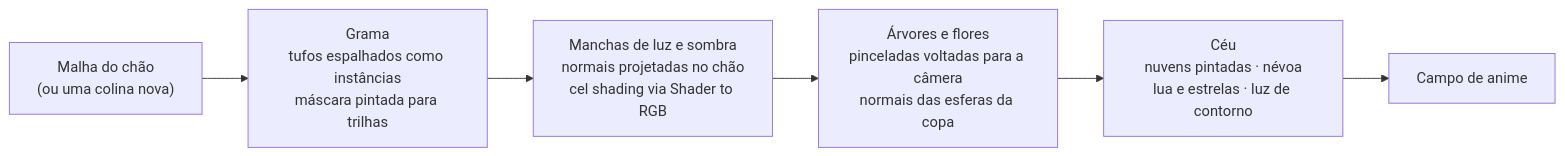
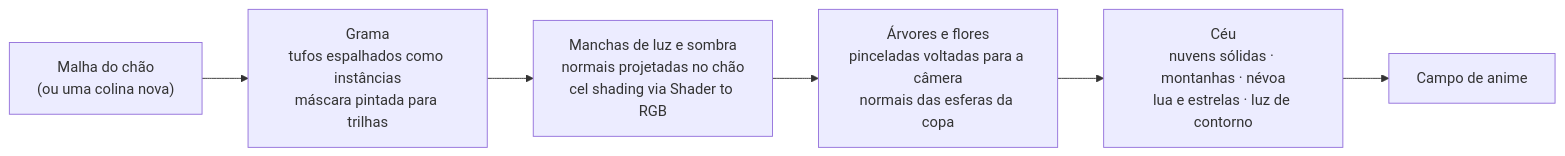
One commit to kanaworksai-hue/harappa changed the diagram in README.pt-BR.md. Above: the diagram before and after it, drawn with Mermaid. The commit also changed other lines of this file and 15 other files, not shown here.

````diff
--- a/README.pt-BR.md
+++ b/README.pt-BR.md
@@ -97,8 +108,8 @@
 ```mermaid
 flowchart LR
     M["Malha do chão<br/>(ou uma colina nova)"] --> G["Grama<br/>tufos espalhados como instâncias<br/>máscara pintada para trilhas"]
     G --> C["Manchas de luz e sombra<br/>normais projetadas no chão<br/>cel shading via Shader to RGB"]
     C --> T["Árvores e flores<br/>pinceladas voltadas para a câmera<br/>normais das esferas da copa"]
-    T --> S["Céu<br/>nuvens pintadas · névoa<br/>lua e estrelas · luz de contorno"]
+    T --> S["Céu<br/>nuvens sólidas · montanhas · névoa<br/>lua e estrelas · luz de contorno"]
     S --> R["Campo de anime"]
 ```
````
